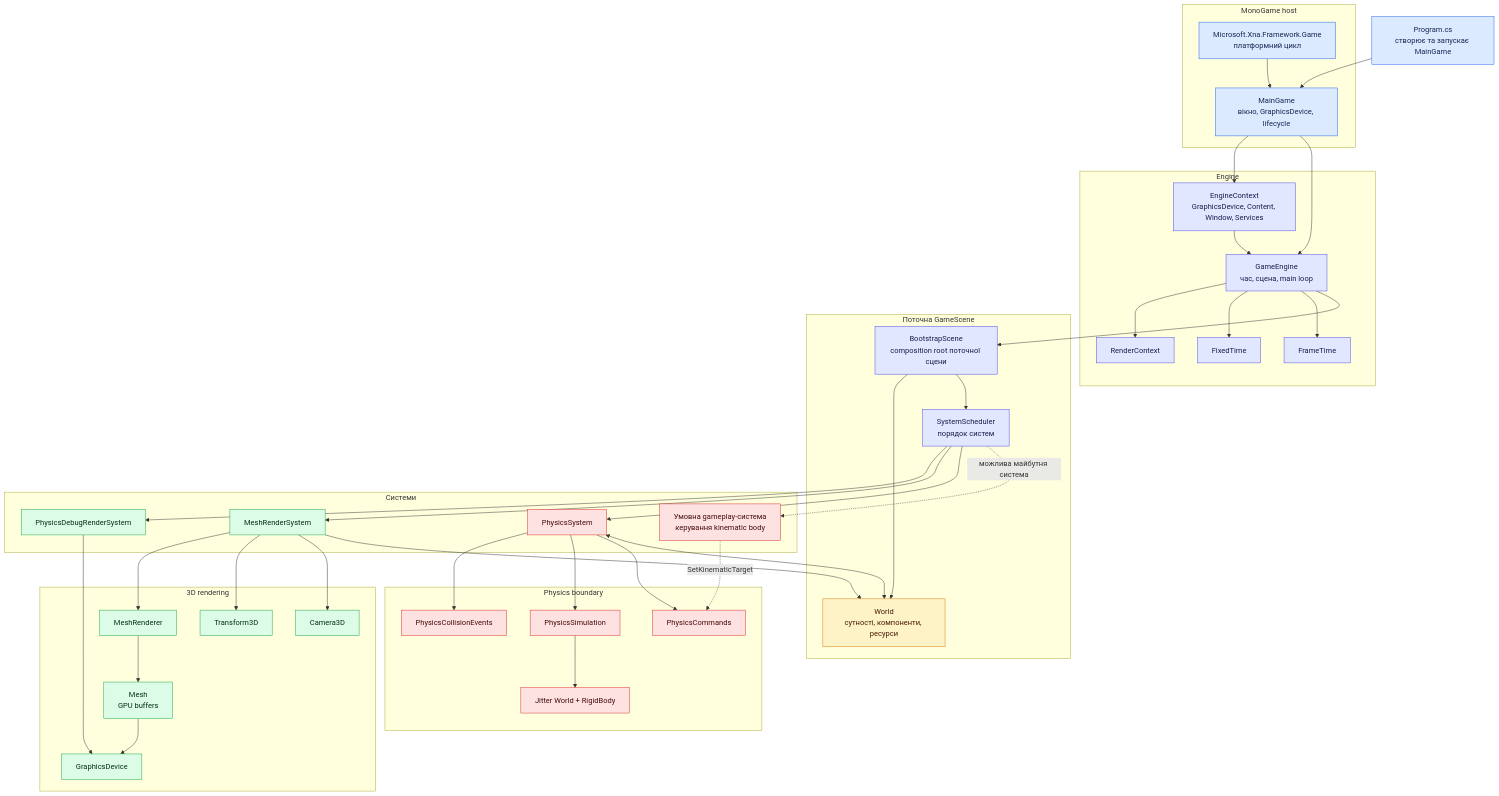
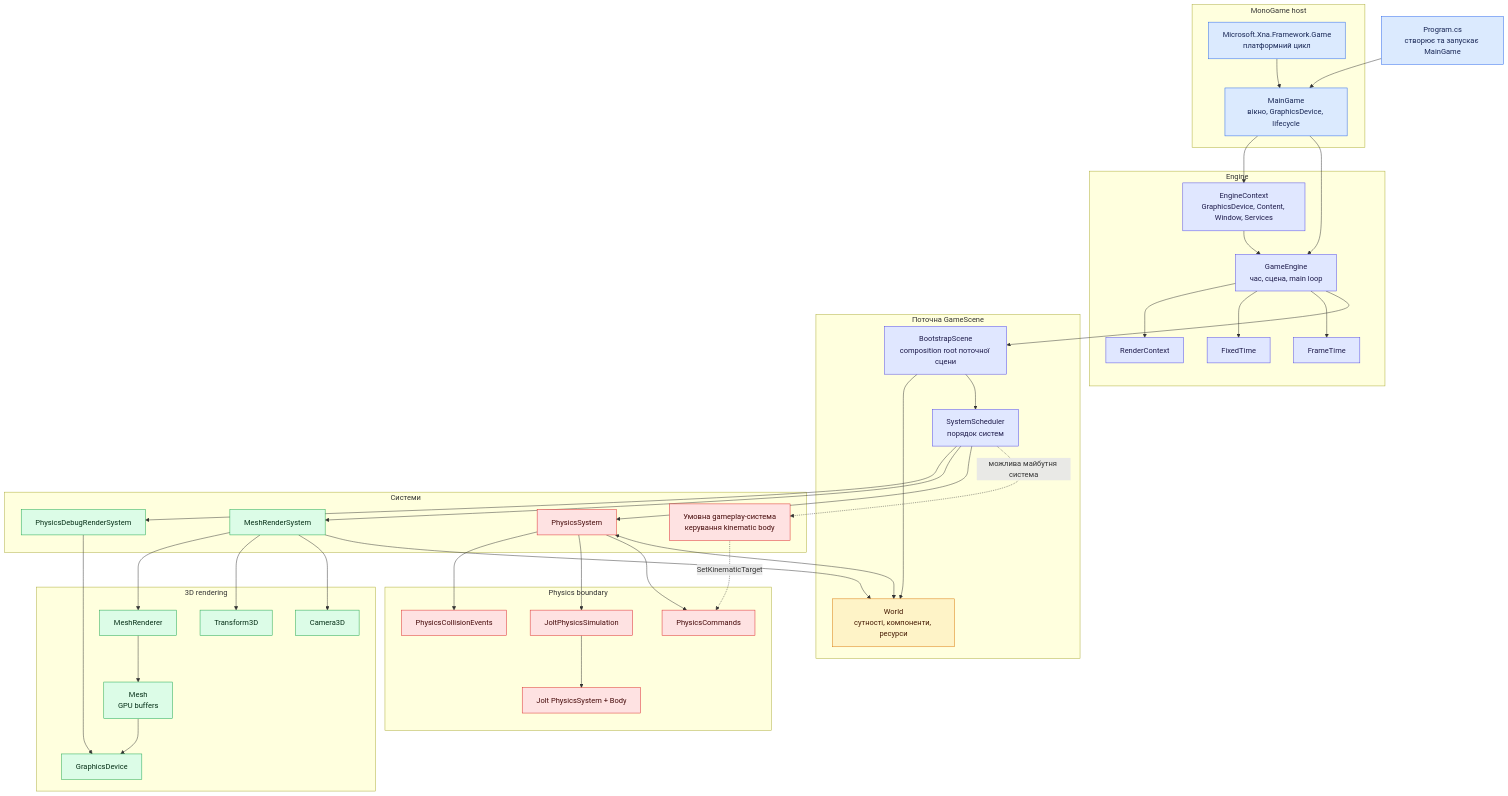
One commit to 7wai7/MonoGame-project changed the diagram in docs/diagrams/01-engine-overview.md. Above: the diagram before and after it, drawn with Mermaid. The commit also changed other lines of this file and 47 other files, not shown here.

Commit message:
feat(terrain): add streamed EXR terrain and Jolt heightfield physics - Added landscape based on EXR maps, chunks, and streaming rendering with LOD. - Replaced Jitter2 with Jolt; added heightfield colliders around the camera and moving bodies. - Added performance metrics and a physics smoke test.

```diff
--- a/docs/diagrams/01-engine-overview.md
+++ b/docs/diagrams/01-engine-overview.md
@@ -34,9 +34,9 @@
 
     subgraph Physics["Physics boundary"]
         Commands["PhysicsCommands"]
-        Simulation["PhysicsSimulation"]
+        Simulation["JoltPhysicsSimulation"]
         Collisions["PhysicsCollisionEvents"]
-        Jitter["Jitter World + RigidBody"]
+        Jolt["Jolt PhysicsSystem + Body"]
     end
 
     subgraph Rendering["3D rendering"]
@@ -67,7 +67,7 @@
     PhysicsSystem --> Commands
     PhysicsSystem --> Simulation
     PhysicsSystem --> Collisions
-    Simulation --> Jitter
+    Simulation --> Jolt
     MeshRender --> World
     MeshRender --> Camera
     MeshRender --> Transform
@@ -85,6 +85,6 @@
     class Program,MainGame,MonoLoop host
     class GameEngine,EngineContext,FrameTime,FixedTime,RenderContext,Bootstrap,Scheduler engine
     class World ecs
-    class GameplayMotion,PhysicsSystem,Commands,Simulation,Collisions,Jitter physics
+    class GameplayMotion,PhysicsSystem,Commands,Simulation,Collisions,Jolt physics
     class MeshRender,DebugRender,Camera,Transform,MeshRenderer,Mesh,GPU render
 ~~~
```
